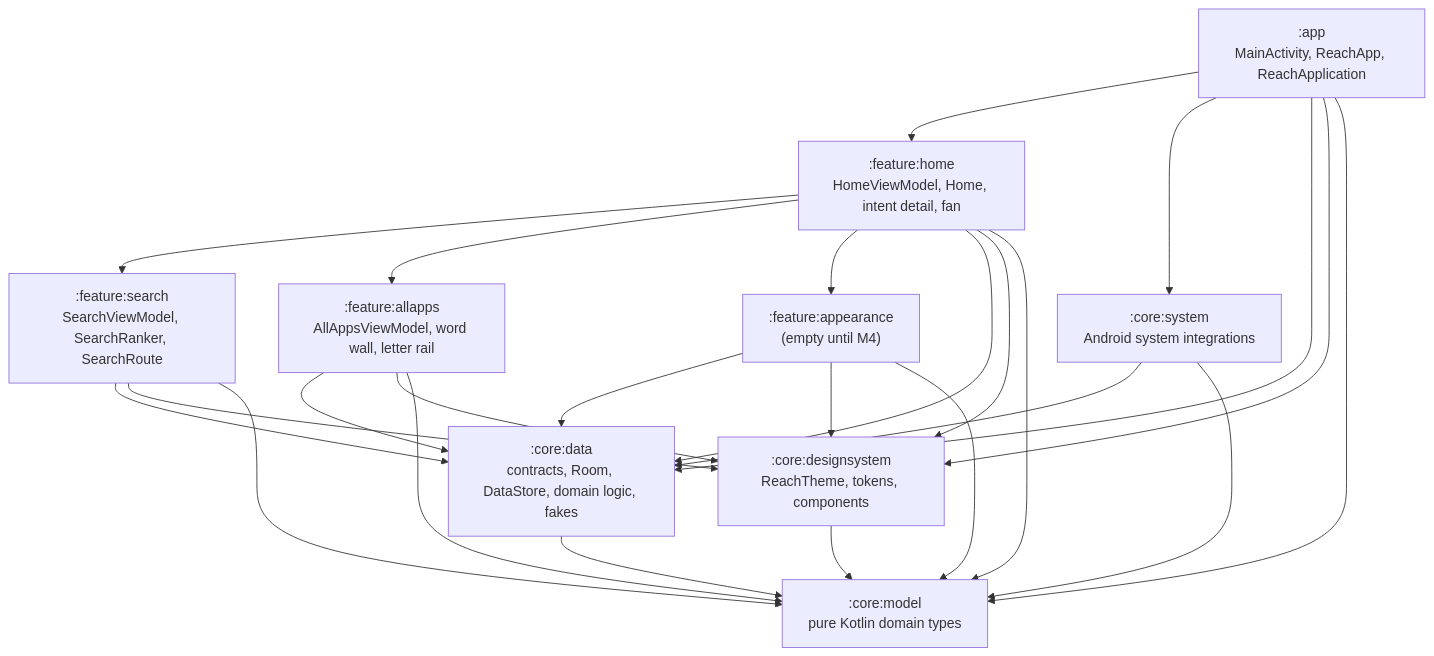
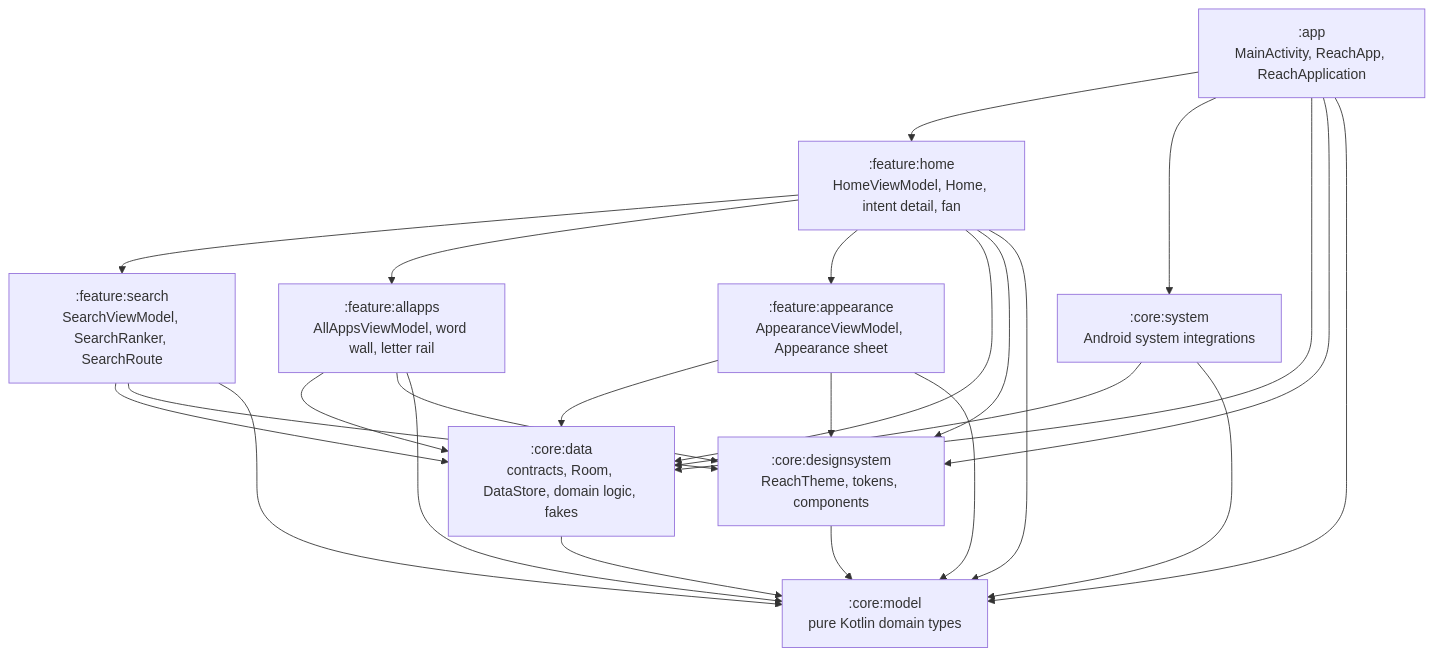
One commit to harundemir918/reachlauncher changed the first of 8 diagrams in docs/ARCHITECTURE.md. Above: the diagram before and after it, drawn with Mermaid. The commit also changed other lines of this file and 45 other files, not shown here.

First line of the commit message:
M4: Personalisation — Appearance sheet, wallpaper mode, move/hide in detail

````diff
--- a/docs/ARCHITECTURE.md
+++ b/docs/ARCHITECTURE.md
@@ -18,37 +18,37 @@
 ```mermaid
 graph TD
     app[":app<br/>MainActivity, ReachApp, ReachApplication"]
     home[":feature:home<br/>HomeViewModel, Home, intent detail, fan"]
     search[":feature:search<br/>SearchViewModel, SearchRanker, SearchRoute"]
     allapps[":feature:allapps<br/>AllAppsViewModel, word wall, letter rail"]
-    appearance[":feature:appearance<br/>(empty until M4)"]
+    appearance[":feature:appearance<br/>AppearanceViewModel, Appearance sheet"]
     ds[":core:designsystem<br/>ReachTheme, tokens, components"]
     data[":core:data<br/>contracts, Room, DataStore, domain logic, fakes"]
     system[":core:system<br/>Android system integrations"]
     model[":core:model<br/>pure Kotlin domain types"]
 
     app --> home
     app --> system
     app --> data
     app --> ds
     app --> model
     home --> search
     home --> allapps
     home --> appearance
     home --> data
     home --> ds
     home --> model
     search --> data
     search --> ds
     search --> model
     allapps --> data
     allapps --> ds
     allapps --> model
     appearance --> data
     appearance --> ds
     appearance --> model
     system --> data
     system --> model
     data --> model
     ds --> model
 ```
````
